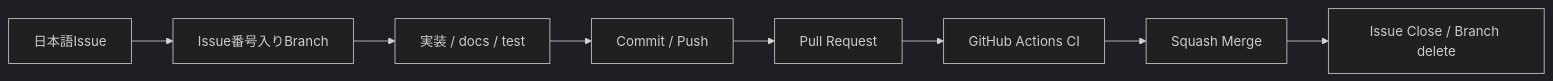
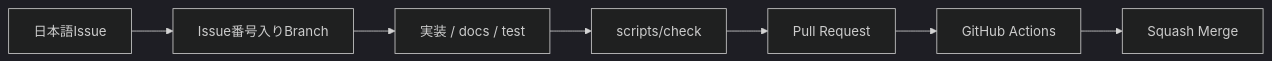
The diagram in CONTRIBUTING.md (k-systems202208/python-sqlite-tailscale-webapp-template), drawn with Mermaid (dark theme) before and after one commit. The commit also changed other lines of this file and 42 other files, not shown here.

````diff
--- a/CONTRIBUTING.md
+++ b/CONTRIBUTING.md
@@ -24,10 +17,9 @@
 ```mermaid
 flowchart LR
     I["日本語Issue"] --> B["Issue番号入りBranch"]
     B --> W["実装 / docs / test"]
-    W --> C["Commit / Push"]
-    C --> P["Pull Request"]
-    P --> CI["GitHub Actions CI"]
+    W --> Q["scripts/check"]
+    Q --> P["Pull Request"]
+    P --> CI["GitHub Actions"]
     CI --> M["Squash Merge"]
-    M --> X["Issue Close / Branch delete"]
 ```
````
